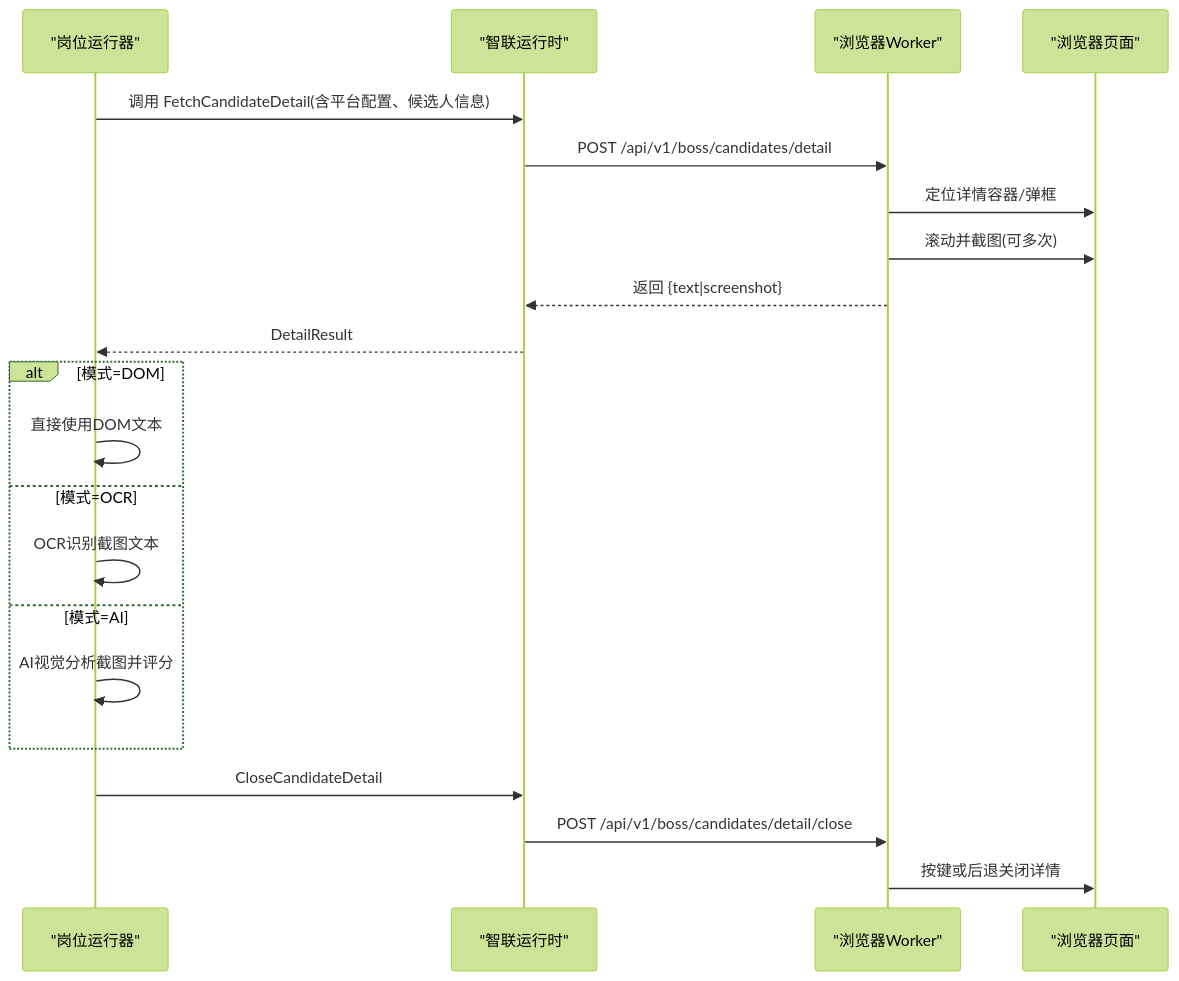
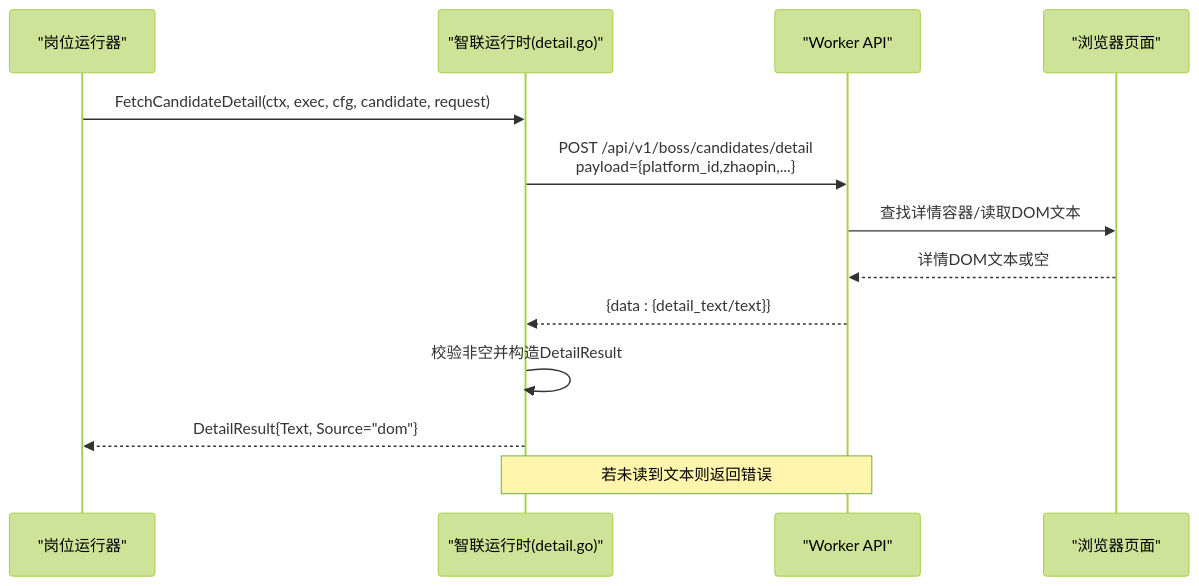
The second of 6 diagrams in .qoder/repowiki/zh/content/本地执行器/平台适配器/智联招聘适配器/详情页面处理.md (alvinwangzi/goodhr), drawn with Mermaid (forest theme) before and after one commit. The commit also changed other lines of this file and 149 other files, not shown here.

````diff
--- a/.qoder/repowiki/zh/content/本地执行器/平台适配器/智联招聘适配器/详情页面处理.md
+++ b/.qoder/repowiki/zh/content/本地执行器/平台适配器/智联招聘适配器/详情页面处理.md
@@ -91,23 +93,15 @@
 ```mermaid
 sequenceDiagram
 participant Runner as "岗位运行器"
-participant ZR as "智联运行时"
-participant Worker as "浏览器Worker"
+participant ZR as "智联运行时(detail.go)"
+participant Worker as "Worker API"
 participant Browser as "浏览器页面"
-Runner->>ZR : 调用 FetchCandidateDetail(含平台配置、候选人信息)
-ZR->>Worker : POST /api/v1/boss/candidates/detail
-Worker->>Browser : 定位详情容器/弹框
-Worker->>Browser : 滚动并截图(可多次)
-Worker-->>ZR : 返回 {text|screenshot}
-ZR-->>Runner : DetailResult
-alt 模式=DOM
-Runner->>Runner : 直接使用DOM文本
-else 模式=OCR
-Runner->>Runner : OCR识别截图文本
-else 模式=AI
-Runner->>Runner : AI视觉分析截图并评分
-end
-Runner->>ZR : CloseCandidateDetail
-ZR->>Worker : POST /api/v1/boss/candidates/detail/close
-Worker->>Browser : 按键或后退关闭详情
+Runner->>ZR : FetchCandidateDetail(ctx, exec, cfg, candidate, request)
+ZR->>Worker : POST /api/v1/boss/candidates/detail<br/>payload={platform_id,zhaopin,...}
+Worker->>Browser : 查找详情容器/读取DOM文本
+Browser-->>Worker : 详情DOM文本或空
+Worker-->>ZR : {data : {detail_text/text}}
+ZR->>ZR : 校验非空并构造DetailResult
+ZR-->>Runner : DetailResult{Text, Source="dom"}
+Note over ZR,Worker : 若未读到文本则返回错误
 ```
````
